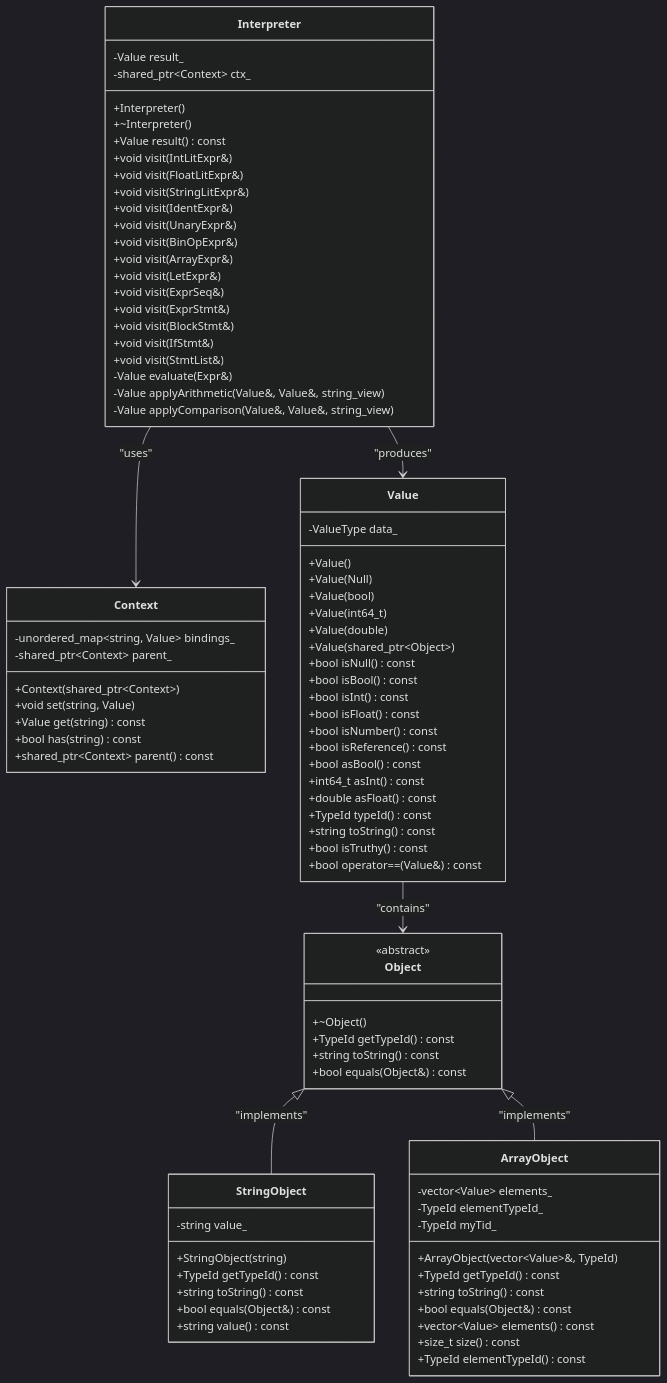
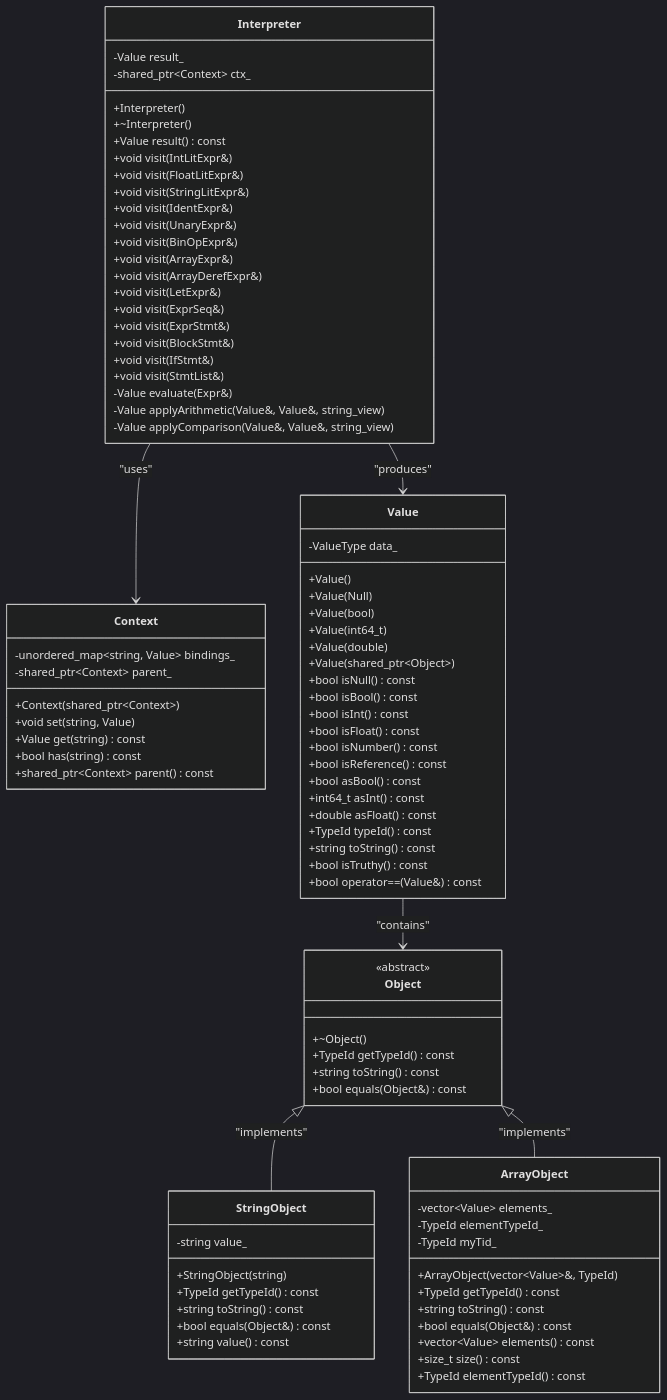
The third of 9 diagrams in .qoder/repowiki/en/content/Runtime System/Interpreter Implementation.md (littlebirds/modern_bision), drawn with Mermaid (dark theme) before and after one commit. The commit also changed other lines of this file and 6 other files, not shown here.

Commit message:
add unit test for evaluting ArrayDeref expr

```diff
--- a/.qoder/repowiki/en/content/Runtime System/Interpreter Implementation.md
+++ b/.qoder/repowiki/en/content/Runtime System/Interpreter Implementation.md
@@ -188,6 +203,7 @@
 +void visit(UnaryExpr&)
 +void visit(BinOpExpr&)
 +void visit(ArrayExpr&)
++void visit(ArrayDerefExpr&)
 +void visit(LetExpr&)
 +void visit(ExprSeq&)
 +void visit(ExprStmt&)
```
